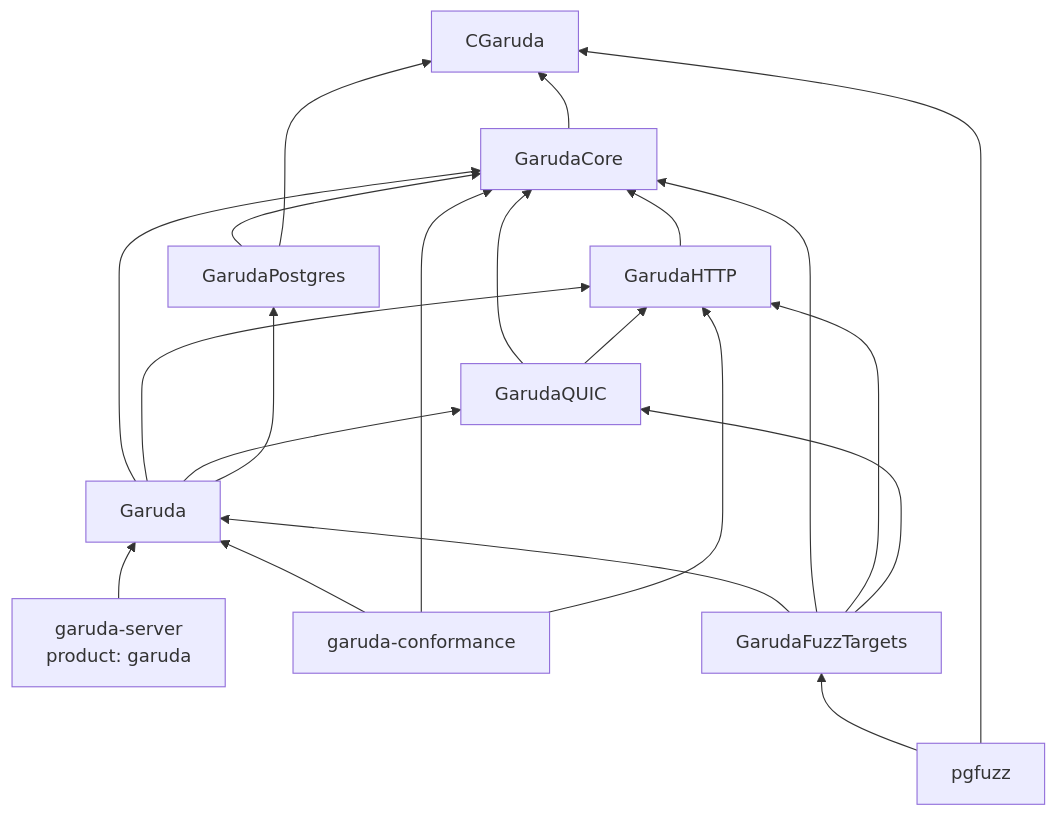
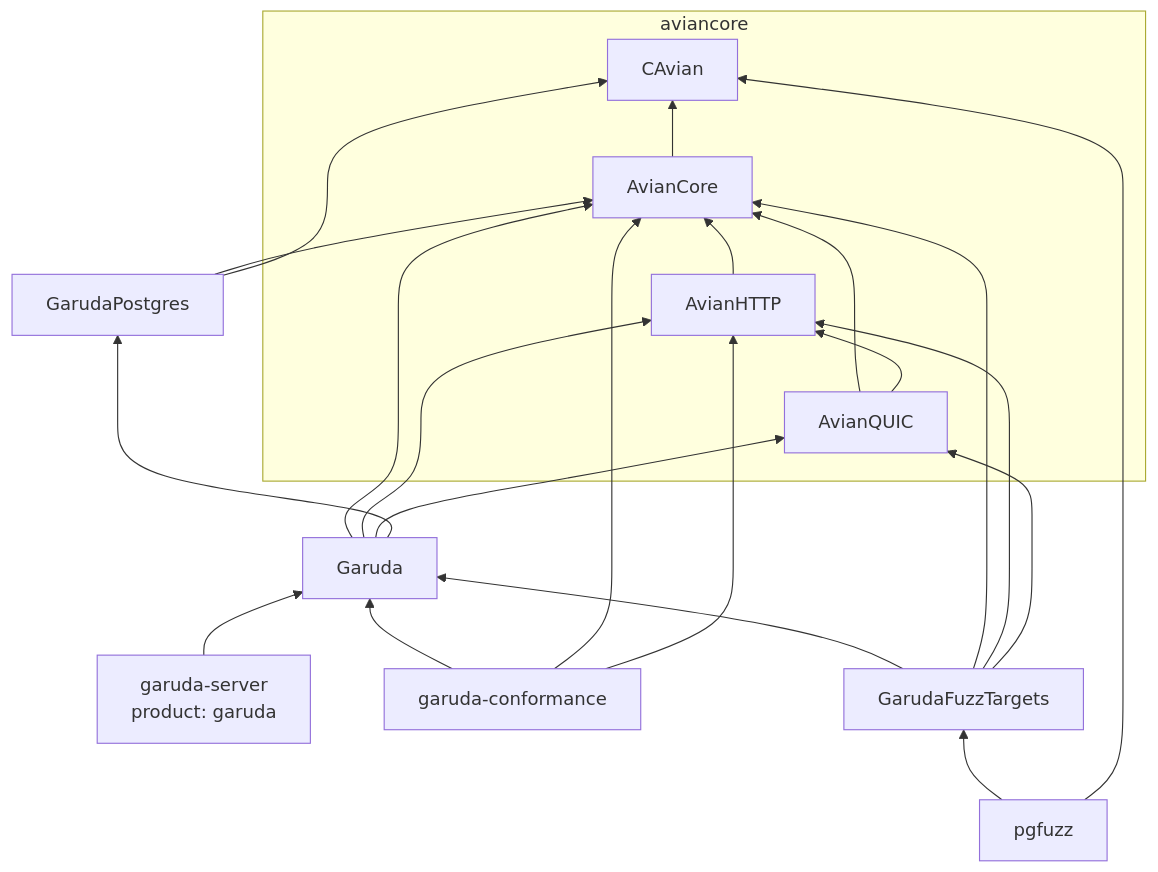
One commit to grepjava/garuda changed the first of 4 diagrams in ARCHITECTURE.md. Above: the diagram before and after it, drawn with Mermaid. The commit also changed other lines of this file and 184 other files, not shown here.

````diff
--- a/ARCHITECTURE.md
+++ b/ARCHITECTURE.md
@@ -35,24 +41,26 @@
 ```mermaid
 flowchart BT
-    CGaruda
-    Core[GarudaCore] --> CGaruda
-    HTTP[GarudaHTTP] --> Core
-    QUIC[GarudaQUIC] --> Core
-    QUIC --> HTTP
+    subgraph aviancore
+        CAvian
+        Core[AvianCore] --> CAvian
+        HTTP[AvianHTTP] --> Core
+        QUIC[AvianQUIC] --> Core
+        QUIC --> HTTP
+    end
     PG[GarudaPostgres] --> Core
-    PG --> CGaruda
+    PG --> CAvian
     Garuda --> Core
     Garuda --> HTTP
     Garuda --> QUIC
     Garuda --> PG
     server["garuda-server<br/>product: garuda"] --> Garuda
     conf[garuda-conformance] --> Garuda
     conf --> Core
     conf --> HTTP
     FT[GarudaFuzzTargets] --> Garuda
     FT --> Core
     FT --> HTTP
     FT --> QUIC
     pgfuzz --> FT
-    pgfuzz --> CGaruda
+    pgfuzz --> CAvian
 ```
````
